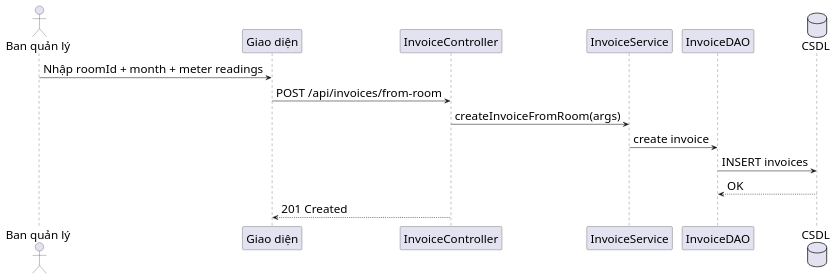
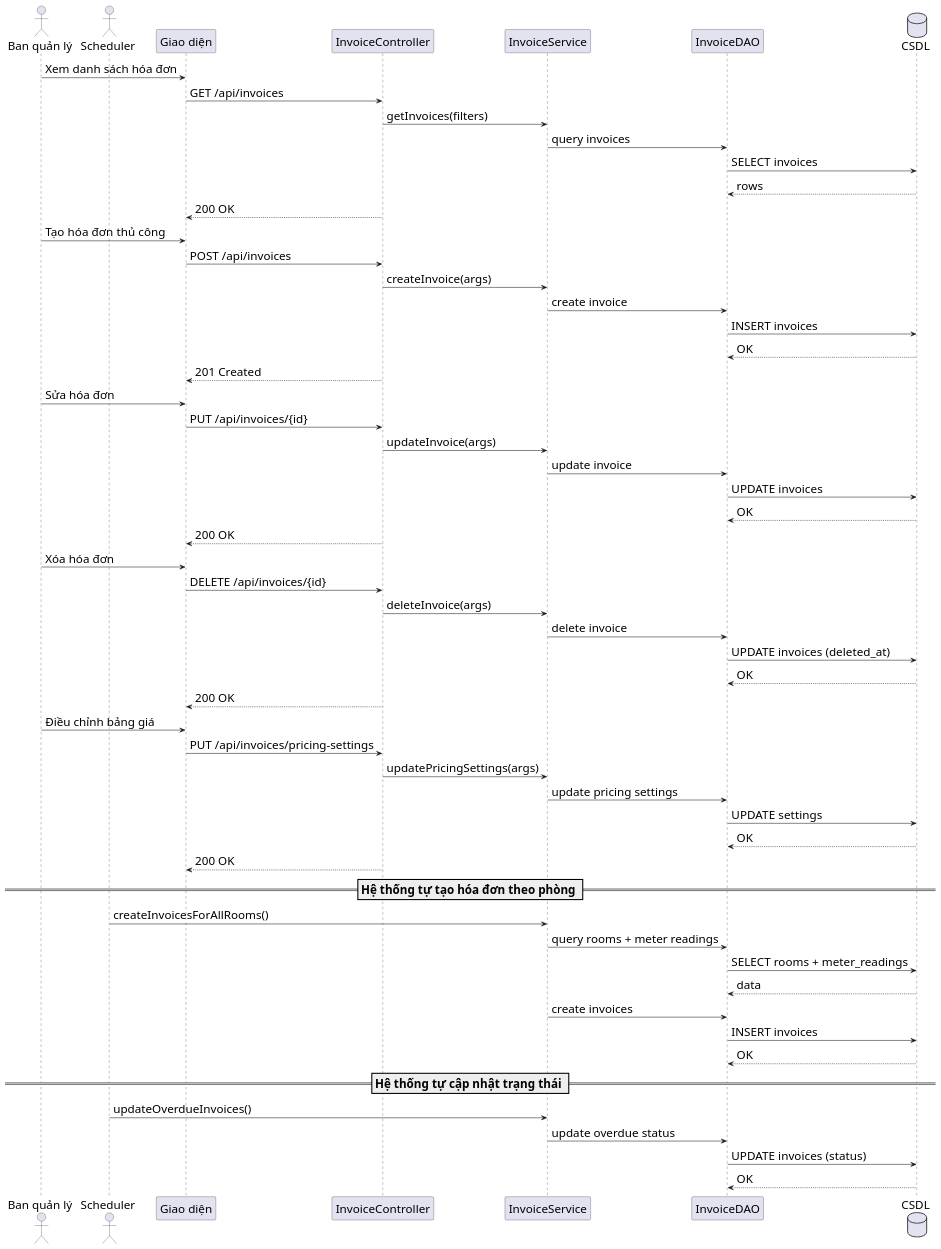
Before and after one commit to s0nbuildtech287/dormitory-frontend: the diagram in diagrams/nhomhoadonthanhtoan/invoice_create_sequence.puml, drawn with PlantUML. The commit also changed 28 other files, not shown here.

```diff
--- a/diagrams/nhomhoadonthanhtoan/invoice_create_sequence.puml
+++ b/diagrams/nhomhoadonthanhtoan/invoice_create_sequence.puml
@@ -1,19 +1,67 @@
-@startuml "Invoice Create Sequence"
+@startuml "Invoice Management Sequence"
 skinparam defaultFontSize 22
 skinparam defaultFontName "Times New Roman"
-skinparam sequenceMessageSize 22
+skinparam sequenceMessageSize 28
 actor "Ban quản lý" as Admin
+actor "Scheduler" as Cron
 participant "Giao diện" as FE
 participant "InvoiceController" as IC
 participant "InvoiceService" as IS
 participant "InvoiceDAO" as IDAO
 database "CSDL" as DB
 
-Admin -> FE: Nhập roomId + month + meter readings
-FE -> IC: POST /api/invoices/from-room
-IC -> IS: createInvoiceFromRoom(args)
+Admin -> FE: Xem danh sách hóa đơn
+FE -> IC: GET /api/invoices
+IC -> IS: getInvoices(filters)
+IS -> IDAO: query invoices
+IDAO -> DB: SELECT invoices
+DB --> IDAO: rows
+IC --> FE: 200 OK
+
+Admin -> FE: Tạo hóa đơn thủ công
+FE -> IC: POST /api/invoices
+IC -> IS: createInvoice(args)
 IS -> IDAO: create invoice
 IDAO -> DB: INSERT invoices
 DB --> IDAO: OK
 IC --> FE: 201 Created
+
+Admin -> FE: Sửa hóa đơn
+FE -> IC: PUT /api/invoices/{id}
+IC -> IS: updateInvoice(args)
+IS -> IDAO: update invoice
+IDAO -> DB: UPDATE invoices
+DB --> IDAO: OK
+IC --> FE: 200 OK
+
+Admin -> FE: Xóa hóa đơn
+FE -> IC: DELETE /api/invoices/{id}
+IC -> IS: deleteInvoice(args)
+IS -> IDAO: delete invoice
+IDAO -> DB: UPDATE invoices (deleted_at)
+DB --> IDAO: OK
+IC --> FE: 200 OK
+
+Admin -> FE: Điều chỉnh bảng giá
+FE -> IC: PUT /api/invoices/pricing-settings
+IC -> IS: updatePricingSettings(args)
+IS -> IDAO: update pricing settings
+IDAO -> DB: UPDATE settings
+DB --> IDAO: OK
+IC --> FE: 200 OK
+
+== Hệ thống tự tạo hóa đơn theo phòng ==
+Cron -> IS: createInvoicesForAllRooms()
+IS -> IDAO: query rooms + meter readings
+IDAO -> DB: SELECT rooms + meter_readings
+DB --> IDAO: data
+IS -> IDAO: create invoices
+IDAO -> DB: INSERT invoices
+DB --> IDAO: OK
+
+== Hệ thống tự cập nhật trạng thái ==
+Cron -> IS: updateOverdueInvoices()
+IS -> IDAO: update overdue status
+IDAO -> DB: UPDATE invoices (status)
+DB --> IDAO: OK
 @enduml
```
